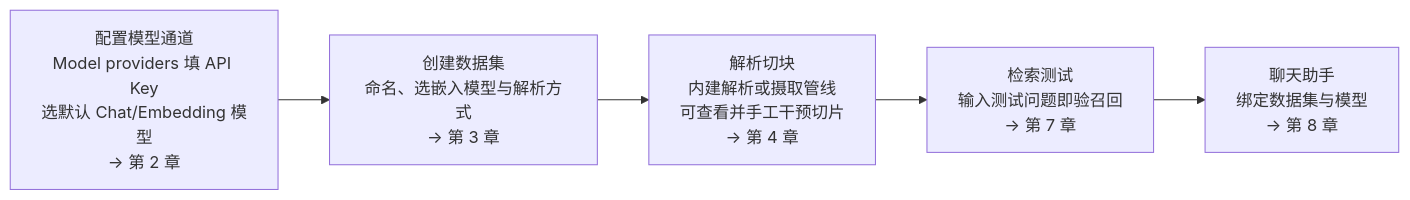
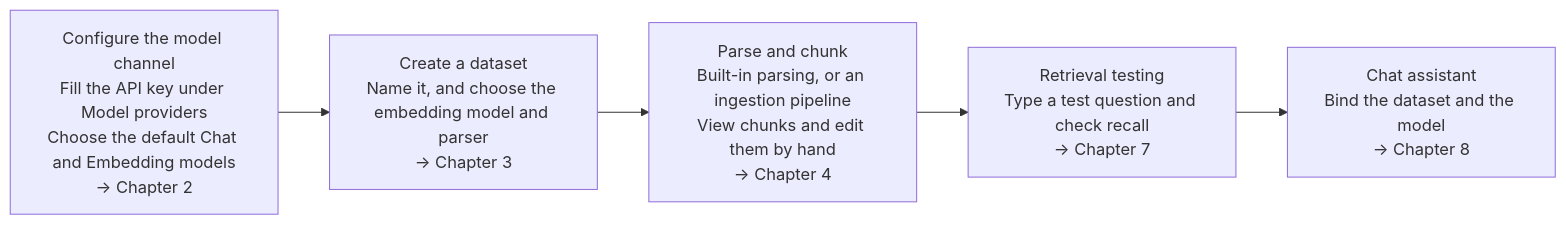
The second of 2 diagrams in books/ragflow/en/chapters/01-overview.md (ybak/ai-tutorial), drawn with Mermaid before and after one commit. The commit also changed other lines of this file and 16 other files, not shown here.

First line of the commit message:
docs(ragflow): 按审阅改英文图、注释和正文

````diff
--- a/books/ragflow/en/chapters/01-overview.md
+++ b/books/ragflow/en/chapters/01-overview.md
@@ -103,7 +103,7 @@
 ```mermaid
 flowchart LR
-    M["配置模型通道<br/>Model providers 填 API Key<br/>选默认 Chat/Embedding 模型<br/>→ 第 2 章"] --> D["创建数据集<br/>命名、选嵌入模型与解析方式<br/>→ 第 3 章"]
-    D --> P["解析切块<br/>内建解析或摄取管线<br/>可查看并手工干预切片<br/>→ 第 4 章"]
-    P --> T["检索测试<br/>输入测试问题即验召回<br/>→ 第 7 章"]
-    T --> C["聊天助手<br/>绑定数据集与模型<br/>→ 第 8 章"]
+    M["Configure the model channel<br/>Fill the API key under Model providers<br/>Choose the default Chat and Embedding models<br/>→ Chapter 2"] --> D["Create a dataset<br/>Name it, and choose the embedding model and parser<br/>→ Chapter 3"]
+    D --> P["Parse and chunk<br/>Built-in parsing, or an ingestion pipeline<br/>View chunks and edit them by hand<br/>→ Chapter 4"]
+    P --> T["Retrieval testing<br/>Type a test question and check recall<br/>→ Chapter 7"]
+    T --> C["Chat assistant<br/>Bind the dataset and the model<br/>→ Chapter 8"]
 ```
````
